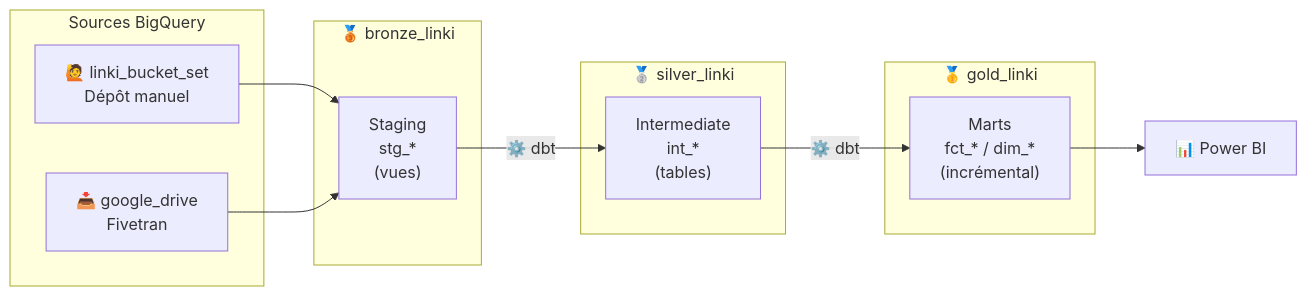
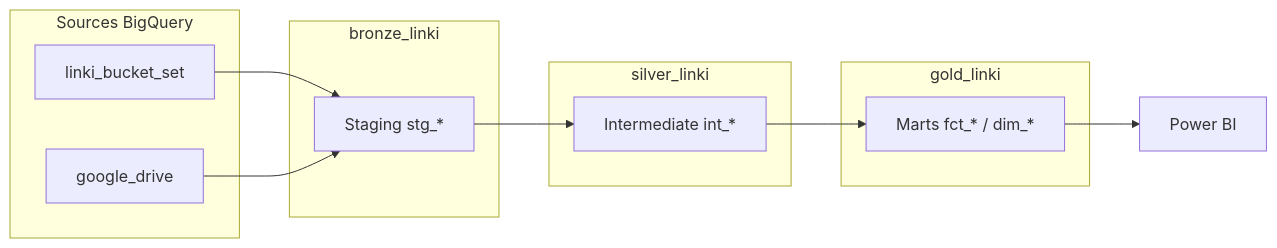
Before and after one commit to ballates/linkyhub_dbt: the diagram in models/overview.md, drawn with Mermaid. The commit also changed other lines of this file and 3 other files, not shown here.

````diff
--- a/models/overview.md
+++ b/models/overview.md
@@ -25,25 +27,25 @@
 ```mermaid
 flowchart LR
-    subgraph SRC["Sources BigQuery"]
-        S1["🙋 linki_bucket_set\nDépôt manuel"]
-        S2["📥 google_drive\nFivetran"]
+    subgraph SRC[Sources BigQuery]
+        S1[linki_bucket_set]
+        S2[google_drive]
     end
 
-    subgraph BRONZE["🥉 bronze_linki"]
-        STG["Staging\nstg_*\n(vues)"]
+    subgraph BRONZE[bronze_linki]
+        STG[Staging stg_*]
     end
 
-    subgraph SILVER["🥈 silver_linki"]
-        INT["Intermediate\nint_*\n(tables)"]
+    subgraph SILVER[silver_linki]
+        INT[Intermediate int_*]
     end
 
-    subgraph GOLD["🥇 gold_linki"]
-        MRT["Marts\nfct_* / dim_*\n(incrémental)"]
+    subgraph GOLD[gold_linki]
+        MRT[Marts fct_* / dim_*]
     end
 
     S1 --> STG
     S2 --> STG
-    STG -->|"⚙️ dbt"| INT
-    INT -->|"⚙️ dbt"| MRT
-    MRT --> PBI["📊 Power BI"]
+    STG --> INT
+    INT --> MRT
+    MRT --> PBI[Power BI]
 ```
````
